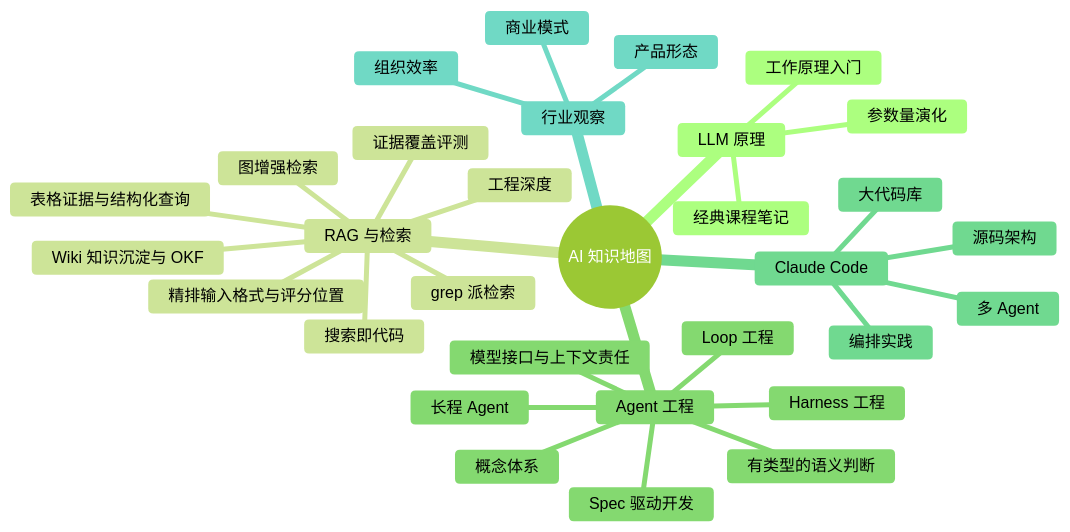
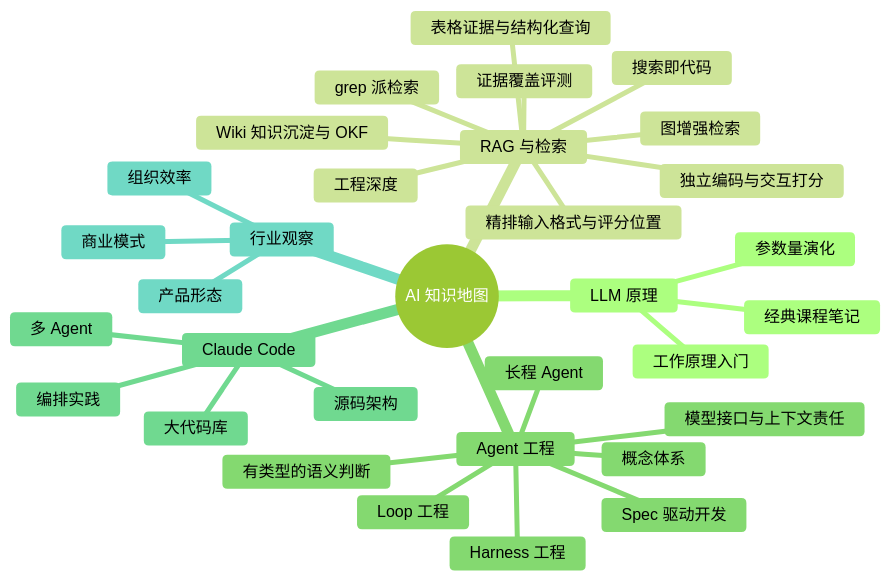
One commit to puppylpg/puppylpg.github.io changed the diagram in _wiki/ai-llm-agent.md. Above: the diagram before and after it, drawn with Mermaid (forest theme). The commit also changed other lines of this file and 4 other files, not shown here.

Commit message:
docs: publish encoder architecture article with visual overview

````diff
--- a/_wiki/ai-llm-agent.md
+++ b/_wiki/ai-llm-agent.md
@@ -25,34 +25,35 @@
 ```mermaid
 mindmap
   root((AI 知识地图))
     LLM 原理
       工作原理入门
       参数量演化
       经典课程笔记
     RAG 与检索
       工程深度
+      独立编码与交互打分
       精排输入格式与评分位置
       图增强检索
       grep 派检索
       搜索即代码
       证据覆盖评测
       表格证据与结构化查询
       Wiki 知识沉淀与 OKF
     Agent 工程
       概念体系
       Harness 工程
       Loop 工程
       长程 Agent
       Spec 驱动开发
       有类型的语义判断
       模型接口与上下文责任
     Claude Code
       源码架构
       多 Agent
       大代码库
       编排实践
     行业观察
       产品形态
       商业模式
       组织效率
 ```
````
